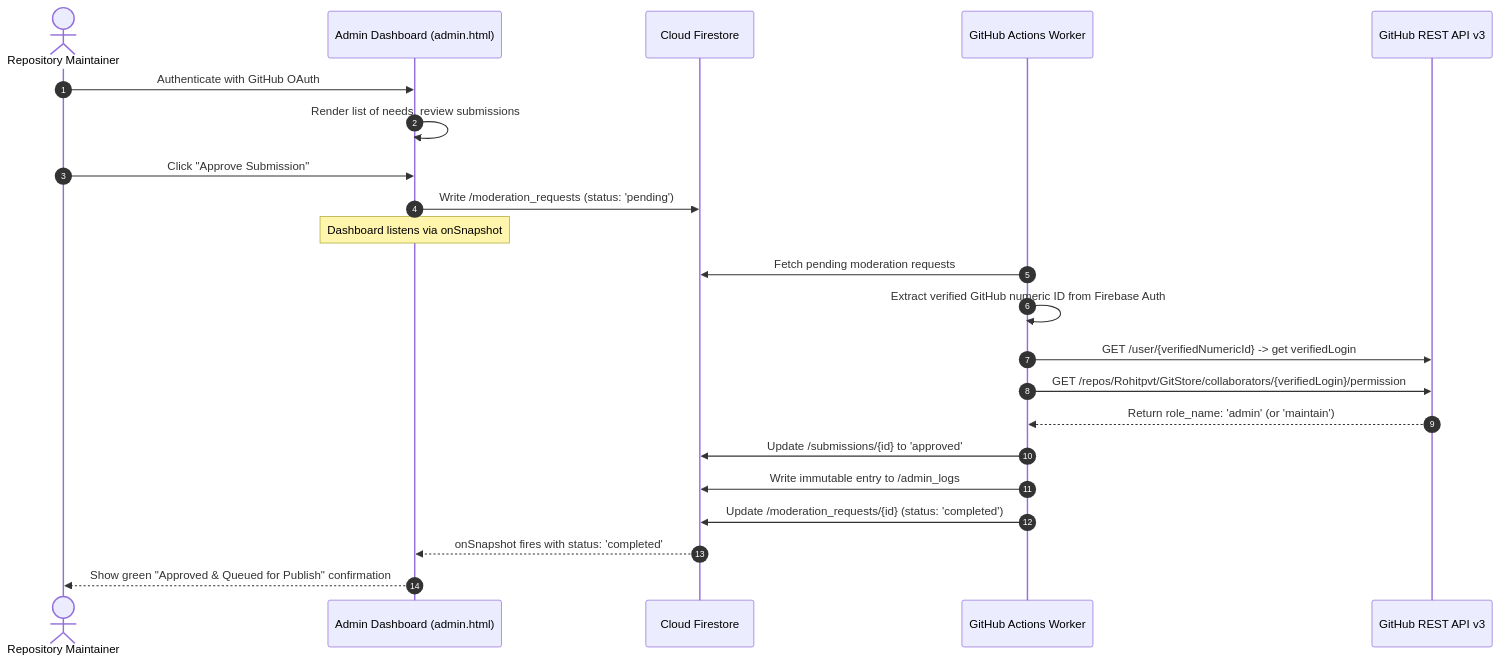
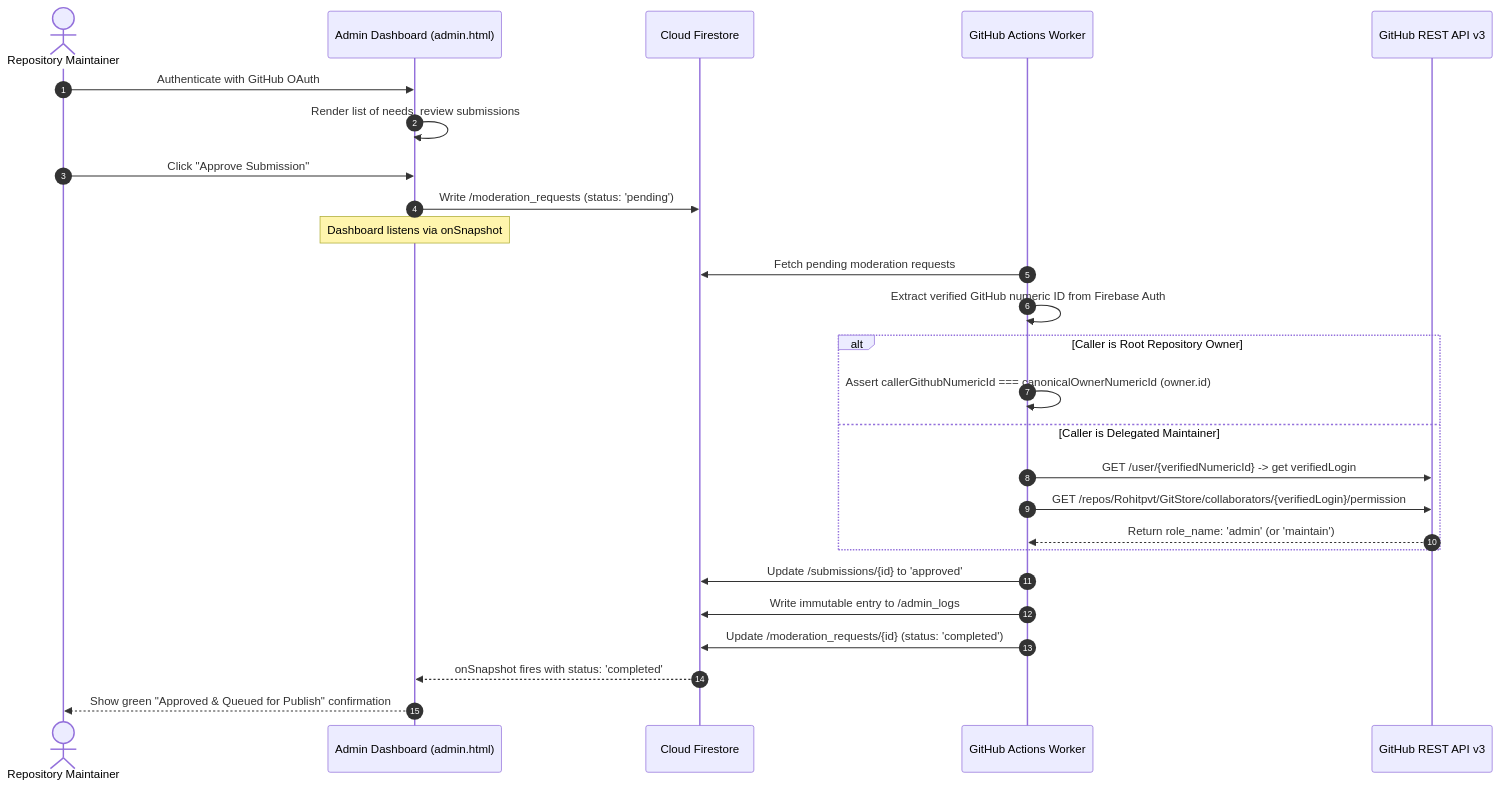
The fourth of 4 diagrams in docs/SDD.md (Rohitpvt/GitStore), drawn with Mermaid before and after one commit. The commit also changed other lines of this file and 13 other files, not shown here.

````diff
--- a/docs/SDD.md
+++ b/docs/SDD.md
@@ -206,25 +212,29 @@
 ```mermaid
 sequenceDiagram
     autonumber
     actor Admin as Repository Maintainer
     participant Dashboard as Admin Dashboard (admin.html)
     participant FS as Cloud Firestore
     participant Actions as GitHub Actions Worker
     participant GH as GitHub REST API v3
 
     Admin->>Dashboard: Authenticate with GitHub OAuth
     Dashboard->>Dashboard: Render list of needs_review submissions
     Admin->>Dashboard: Click "Approve Submission"
     Dashboard->>FS: Write /moderation_requests (status: 'pending')
     Note over Dashboard: Dashboard listens via onSnapshot
     Actions->>FS: Fetch pending moderation requests
     Actions->>Actions: Extract verified GitHub numeric ID from Firebase Auth
-    Actions->>GH: GET /user/{verifiedNumericId} -> get verifiedLogin
-    Actions->>GH: GET /repos/Rohitpvt/GitStore/collaborators/{verifiedLogin}/permission
-    GH-->>Actions: Return role_name: 'admin' (or 'maintain')
+    alt Caller is Root Repository Owner
+        Actions->>Actions: Assert callerGithubNumericId === canonicalOwnerNumericId (owner.id)
+    else Caller is Delegated Maintainer
+        Actions->>GH: GET /user/{verifiedNumericId} -> get verifiedLogin
+        Actions->>GH: GET /repos/Rohitpvt/GitStore/collaborators/{verifiedLogin}/permission
+        GH-->>Actions: Return role_name: 'admin' (or 'maintain')
+    end
     Actions->>FS: Update /submissions/{id} to 'approved'
     Actions->>FS: Write immutable entry to /admin_logs
     Actions->>FS: Update /moderation_requests/{id} (status: 'completed')
     FS-->>Dashboard: onSnapshot fires with status: 'completed'
     Dashboard-->>Admin: Show green "Approved & Queued for Publish" confirmation
 ```
````
